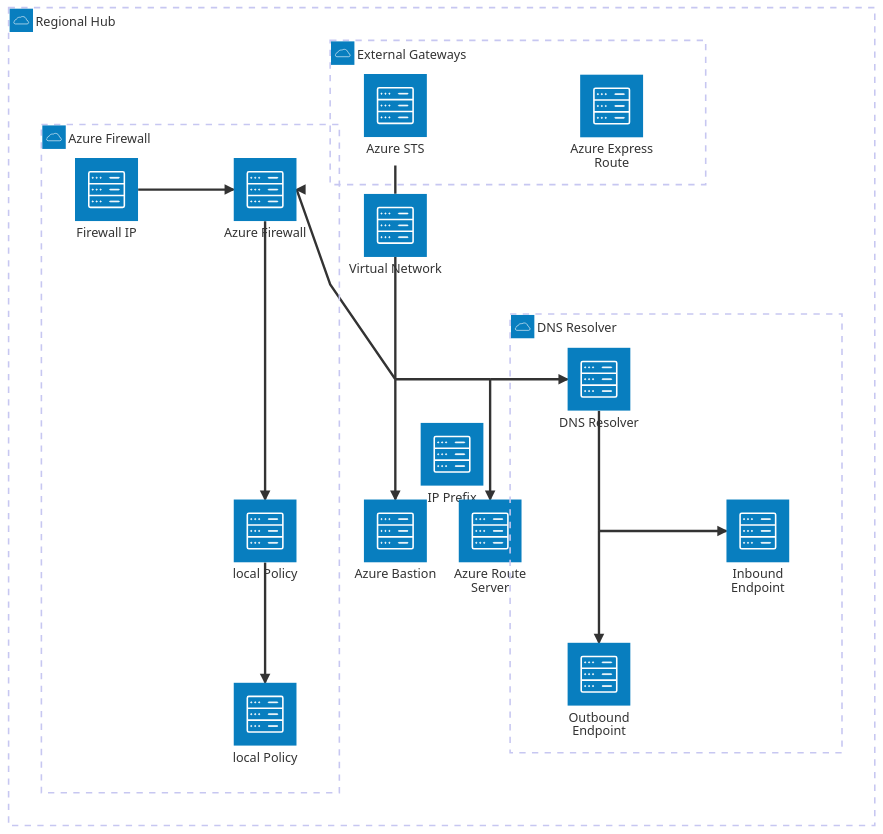
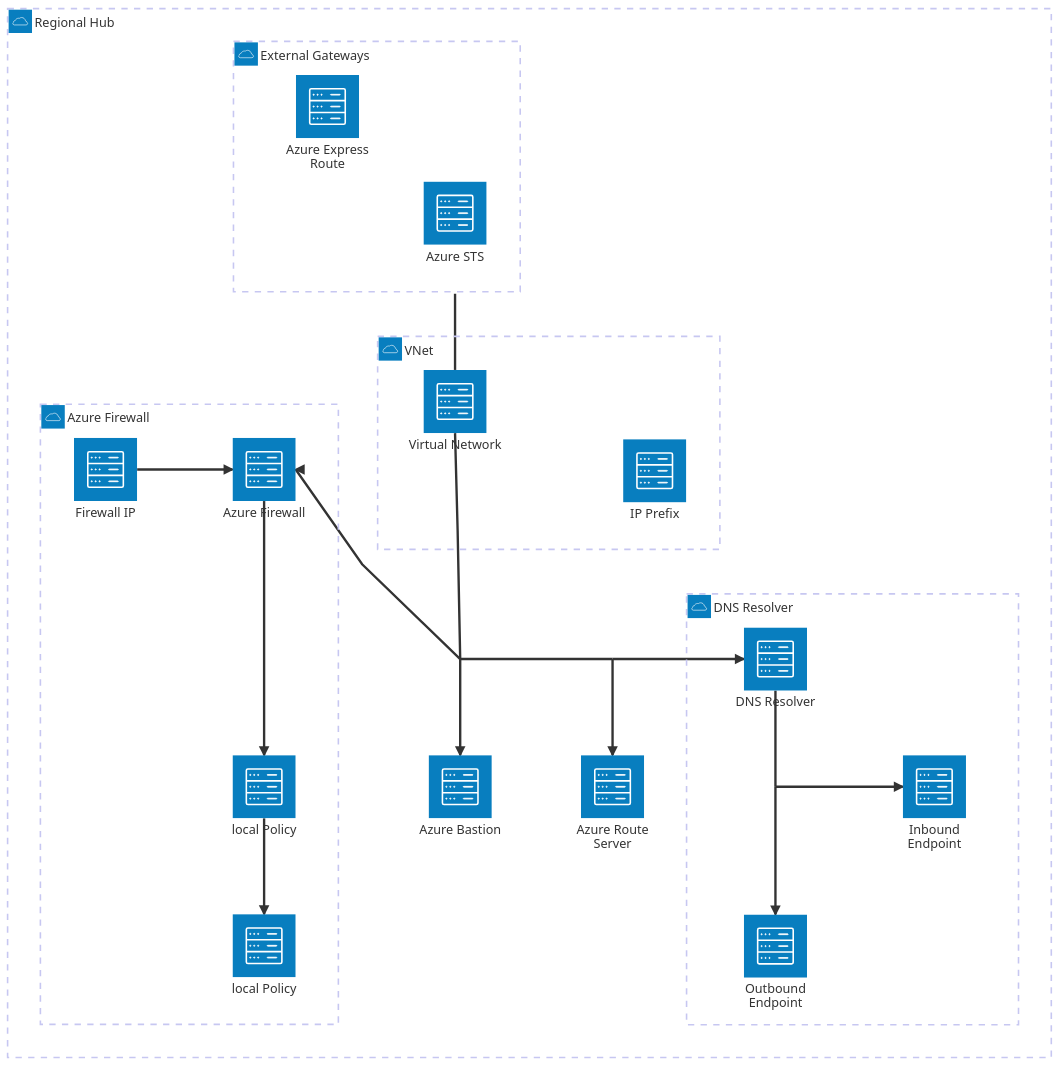
The diagram in Bicep/Resource/RegionalConnectivityHub/ReadMe.md (drewkg/Azure), drawn with Mermaid before and after one commit.

Commit message:
improved formatting

````diff
--- a/Bicep/Resource/RegionalConnectivityHub/ReadMe.md
+++ b/Bicep/Resource/RegionalConnectivityHub/ReadMe.md
@@ -25,46 +25,47 @@
 ```mermaid
   architecture-beta
     group hub(cloud)[Regional Hub]
 
+    group vnetgroup(cloud)[VNet] in hub
     group firewallgroup(cloud)[Azure Firewall] in hub
     group gatewaygroup(cloud)[External Gateways] in hub
     group dnsgroup(cloud)[DNS Resolver] in hub
 
-    service network(server)[Virtual Network] in hub
-    service ipprefix(server)[IP Prefix] in hub
+    service network(server)[Virtual Network] in vnetgroup
+    service ipprefix(server)[IP Prefix] in vnetgroup
     service bastion(server)[Azure Bastion] in hub
     service route(server)[Azure Route Server] in hub
 
     service sts(server)[Azure STS] in gatewaygroup
     service express(server)[Azure Express Route] in gatewaygroup
 
     service firewall(server)[Azure Firewall] in firewallgroup
     service firewallip(server)[Firewall IP] in firewallgroup
     service localpolicy(server)[local Policy] in firewallgroup
     service globalpolicy(server)[local Policy] in firewallgroup
 
     service dns(server)[DNS Resolver] in dnsgroup
     service inbound(server)[Inbound Endpoint] in dnsgroup
     service outbound(server)[Outbound Endpoint] in dnsgroup
 
     junction vnet1 in hub
     junction vnet2 in hub
     junction dns1 in dnsgroup
 
-%%    firewallip:T -- B:ipprefix
+ %%   firewallip:T -- B:ipprefix
 
     network:B -- T:vnet1
     network:T -- B:sts{group}
     vnet1:L --> R:firewall
     firewall:L <-- R:firewallip
     firewall:B --> T:localpolicy
     localpolicy:B --> T:globalpolicy
 
     vnet1:B --> T:bastion
     vnet1:R -- L:vnet2
     vnet2:B --> T:route
     vnet2:R --> L:dns
     dns:B -- T:dns1
     dns1:R --> L:inbound
     dns1:B --> T:outbound
 ```
````
